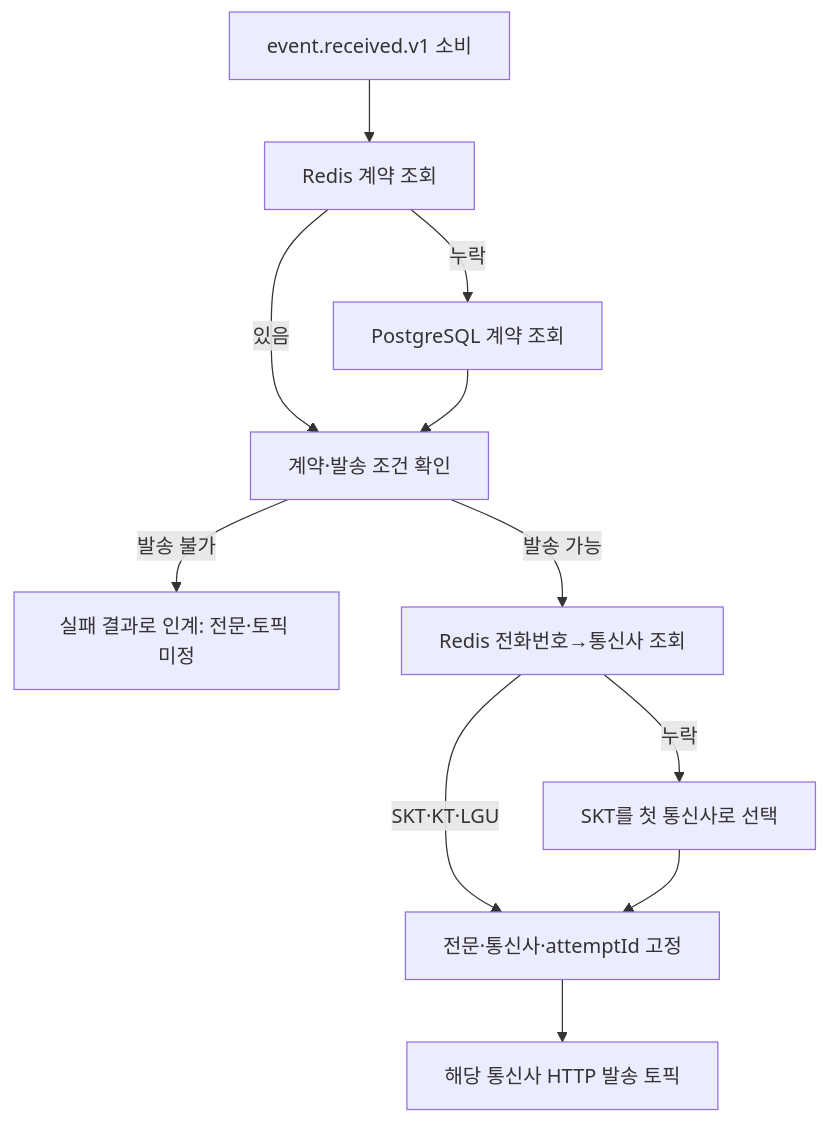
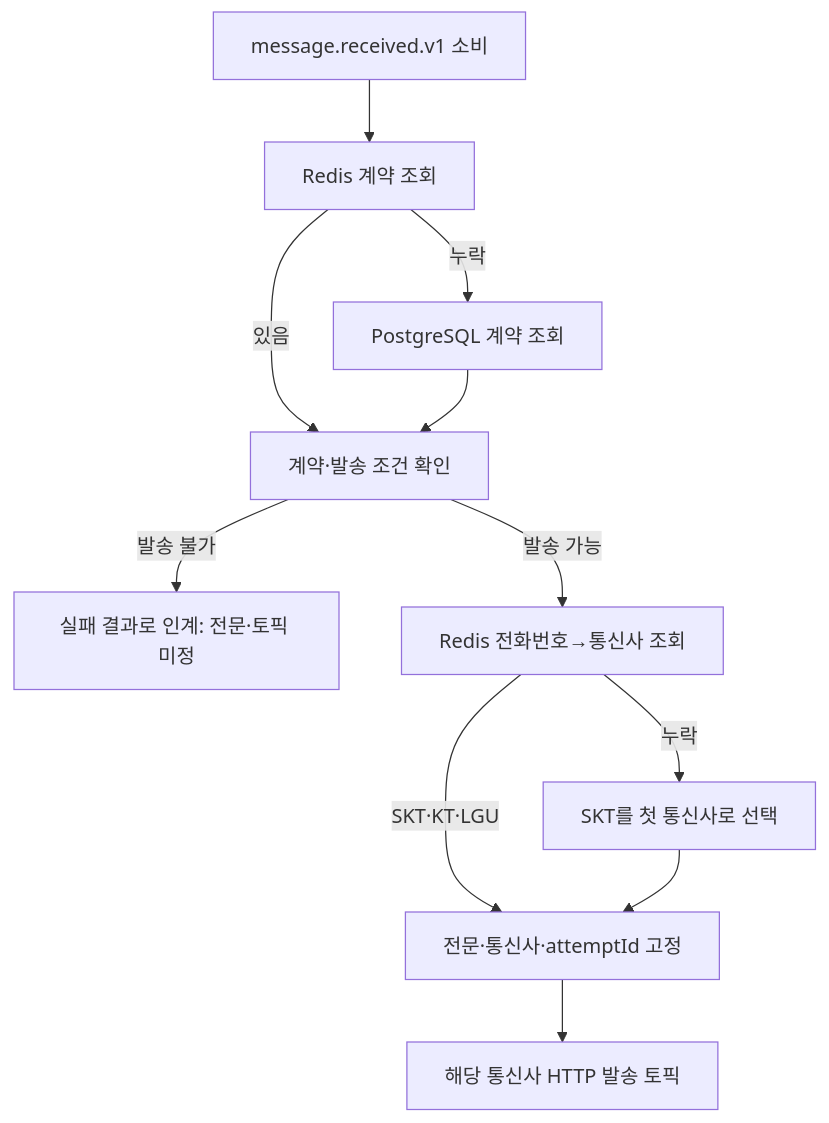
Before and after one commit to hyun-seung/High-throughput-event-platform: the fourth of 10 diagrams in docs/53-신규-메시지-케이스별-Call-Flow.md, drawn with Mermaid. The commit also changed other lines of this file and 16 other files, not shown here.

````diff
--- a/docs/53-신규-메시지-케이스별-Call-Flow.md
+++ b/docs/53-신규-메시지-케이스별-Call-Flow.md
@@ -127,13 +127,13 @@
 ```mermaid
 flowchart TD
-    E[event.received.v1 소비] --> C[Redis 계약 조회]
+    E[message.received.v1 소비] --> C[Redis 계약 조회]
     C -->|누락| P[PostgreSQL 계약 조회]
     C -->|있음| V[계약·발송 조건 확인]
     P --> V
     V -->|발송 불가| F[실패 결과로 인계: 전문·토픽 미정]
     V -->|발송 가능| N[Redis 전화번호→통신사 조회]
     N -->|SKT·KT·LGU| B[전문·통신사·attemptId 고정]
     B --> T[해당 통신사 HTTP 발송 토픽]
     N -->|누락| S[SKT를 첫 통신사로 선택]
     S --> B
 ```
````
